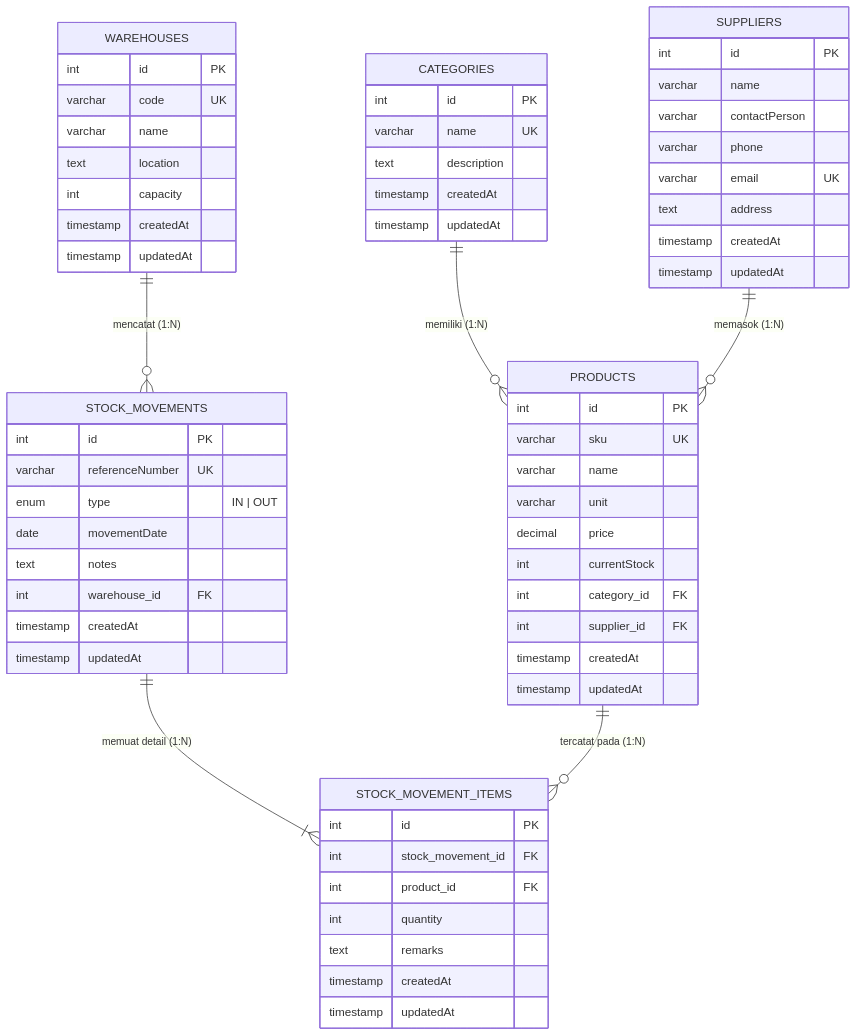
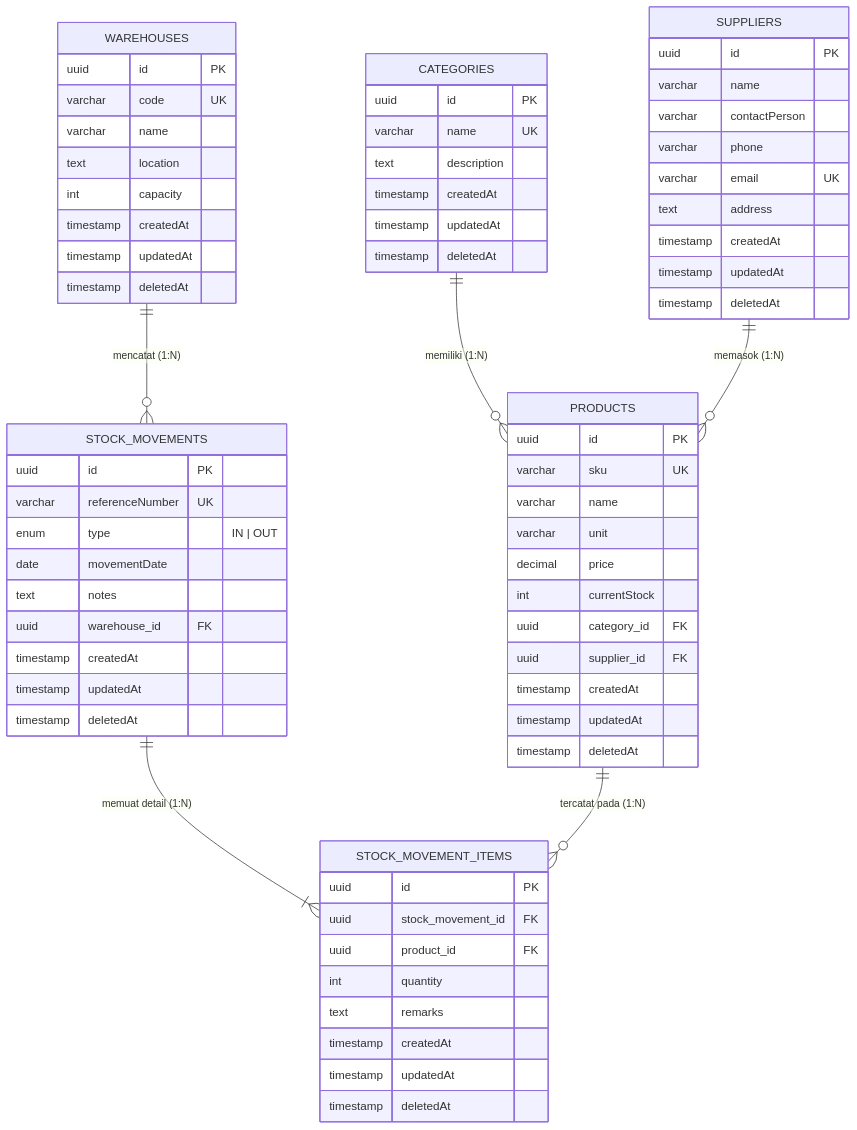
The diagram in README.md (muzaqinurarifin/Inventory-Management-System-Nest), drawn with Mermaid before and after one commit. The commit also changed other lines of this file and 31 other files, not shown here.

````diff
--- a/README.md
+++ b/README.md
@@ -73,71 +106,77 @@
 ```mermaid
 erDiagram
     CATEGORIES ||--o{ PRODUCTS : "memiliki (1:N)"
     SUPPLIERS ||--o{ PRODUCTS : "memasok (1:N)"
     WAREHOUSES ||--o{ STOCK_MOVEMENTS : "mencatat (1:N)"
     STOCK_MOVEMENTS ||--|{ STOCK_MOVEMENT_ITEMS : "memuat detail (1:N)"
     PRODUCTS ||--o{ STOCK_MOVEMENT_ITEMS : "tercatat pada (1:N)"
 
     CATEGORIES {
-        int id PK
+        uuid id PK
         varchar name UK
         text description
         timestamp createdAt
         timestamp updatedAt
+        timestamp deletedAt
     }
 
     SUPPLIERS {
-        int id PK
+        uuid id PK
         varchar name
         varchar contactPerson
         varchar phone
         varchar email UK
         text address
         timestamp createdAt
         timestamp updatedAt
+        timestamp deletedAt
     }
 
     WAREHOUSES {
-        int id PK
+        uuid id PK
         varchar code UK
         varchar name
         text location
         int capacity
         timestamp createdAt
         timestamp updatedAt
+        timestamp deletedAt
     }
 
     PRODUCTS {
-        int id PK
+        uuid id PK
         varchar sku UK
         varchar name
         varchar unit
         decimal price
         int currentStock
-        int category_id FK
-        int supplier_id FK
+        uuid category_id FK
+        uuid supplier_id FK
         timestamp createdAt
         timestamp updatedAt
+        timestamp deletedAt
     }
 
     STOCK_MOVEMENTS {
-        int id PK
+        uuid id PK
         varchar referenceNumber UK
         enum type "IN | OUT"
         date movementDate
         text notes
-        int warehouse_id FK
+        uuid warehouse_id FK
         timestamp createdAt
         timestamp updatedAt
+        timestamp deletedAt
     }
 
     STOCK_MOVEMENT_ITEMS {
-        int id PK
-        int stock_movement_id FK
-        int product_id FK
+        uuid id PK
+        uuid stock_movement_id FK
+        uuid product_id FK
         int quantity
         text remarks
         timestamp createdAt
         timestamp updatedAt
+        timestamp deletedAt
     }
 ```
````
